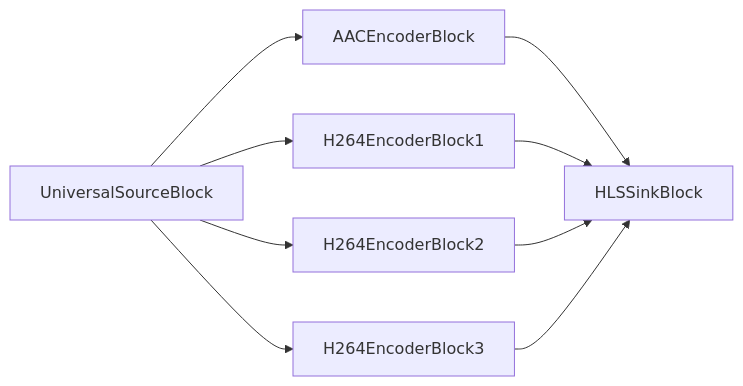
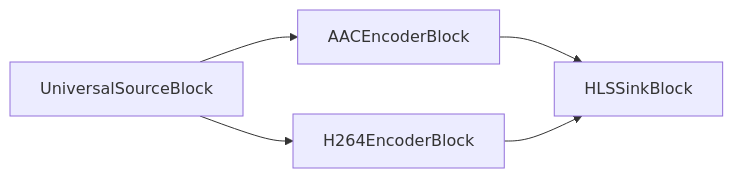
Diagram 15 of 30 in dotnet/mediablocks/Sinks/index.es.md (visioforge/help), drawn with Mermaid before and after one commit. The commit also changed other lines of this file and 235 other files, not shown here.

````diff
--- a/dotnet/mediablocks/Sinks/index.es.md
+++ b/dotnet/mediablocks/Sinks/index.es.md
@@ -1011,11 +1011,7 @@
 ```mermaid
 graph LR;
     UniversalSourceBlock-->AACEncoderBlock;
-    UniversalSourceBlock-->H264EncoderBlock1;
-    UniversalSourceBlock-->H264EncoderBlock2;
-    UniversalSourceBlock-->H264EncoderBlock3;
+    UniversalSourceBlock-->H264EncoderBlock;
     AACEncoderBlock-->HLSSinkBlock;
-    H264EncoderBlock1-->HLSSinkBlock;
-    H264EncoderBlock2-->HLSSinkBlock;
-    H264EncoderBlock3-->HLSSinkBlock;
+    H264EncoderBlock-->HLSSinkBlock;
 ```
````
